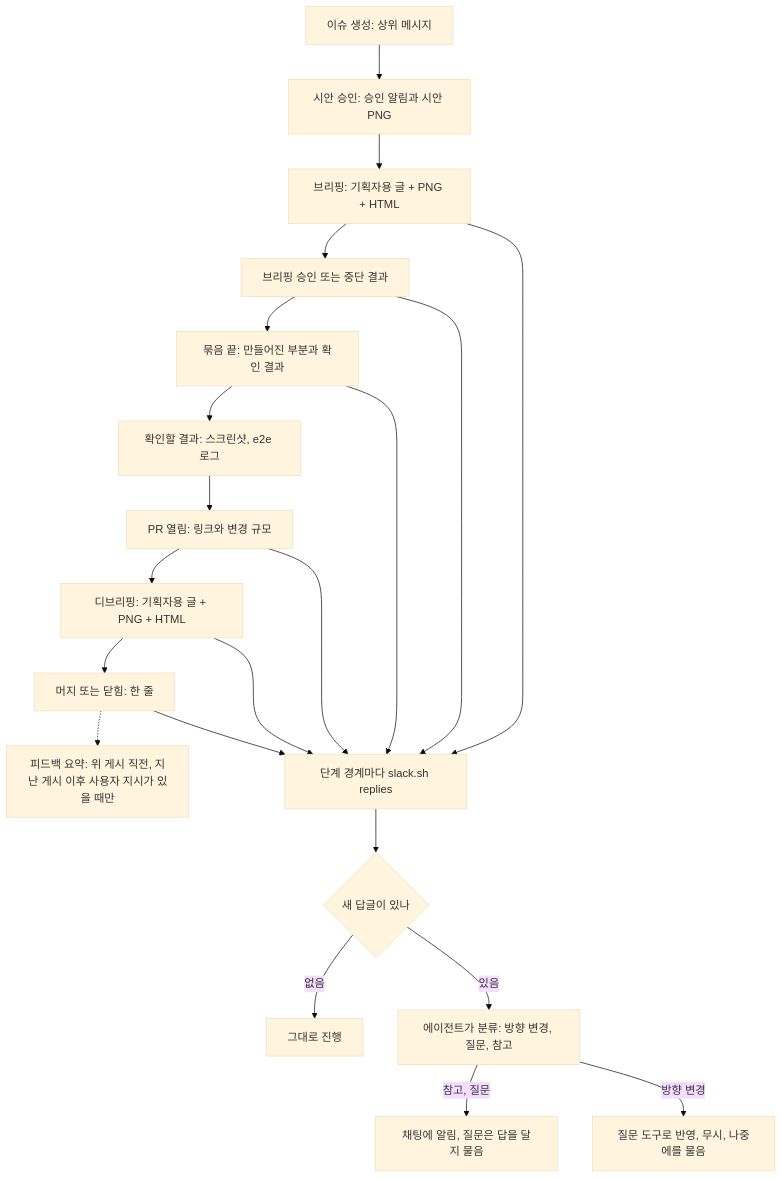
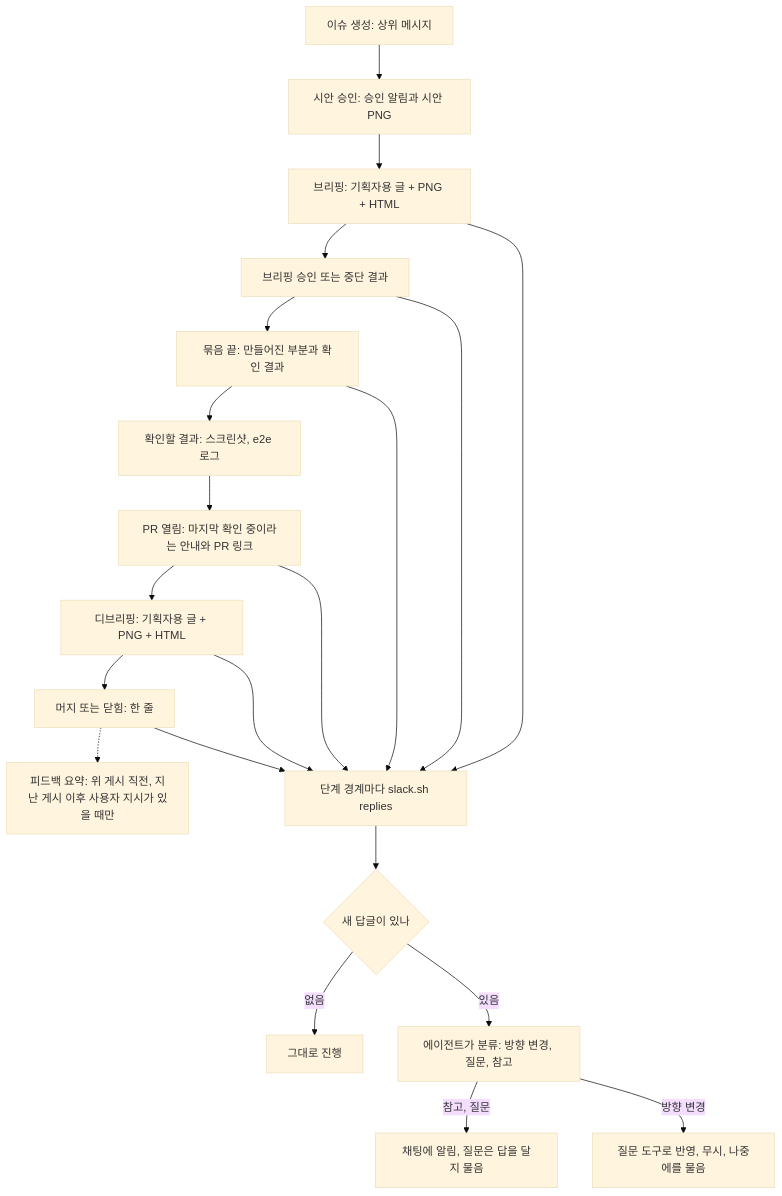
Before and after one commit to dincal/agent_logbook: the eighth of 9 diagrams in docs/system/flows.md, drawn with Mermaid (base theme). The commit also changed other lines of this file and 7 other files, not shown here.

````diff
--- a/docs/system/flows.md
+++ b/docs/system/flows.md
@@ -261,18 +261,18 @@
 ```mermaid
 flowchart TD
   I["이슈 생성: 상위 메시지"] --> D["시안 승인: 승인 알림과 시안 PNG"]
   D --> B["브리핑: 기획자용 글 + PNG + HTML"]
   B --> AP["브리핑 승인 또는 중단 결과"]
   AP --> W["묶음 끝: 만들어진 부분과 확인 결과"]
   W --> CK["확인할 결과: 스크린샷, e2e 로그"]
-  CK --> PR["PR 열림: 링크와 변경 규모"]
+  CK --> PR["PR 열림: 마지막 확인 중이라는 안내와 PR 링크"]
   PR --> DB["디브리핑: 기획자용 글 + PNG + HTML"]
   DB --> CL["머지 또는 닫힘: 한 줄"]
   CL -.-> F["피드백 요약: 위 게시 직전, 지난 게시 이후 사용자 지시가 있을 때만"]
   B & AP & W & PR & DB & CL --> R["단계 경계마다 slack.sh replies"]
   R --> N{"새 답글이 있나"}
   N -->|"없음"| G["그대로 진행"]
   N -->|"있음"| C["에이전트가 분류: 방향 변경, 질문, 참고"]
   C -->|"참고, 질문"| T["채팅에 알림, 질문은 답을 달지 물음"]
   C -->|"방향 변경"| Q["질문 도구로 반영, 무시, 나중에를 물음"]
 ```
````
